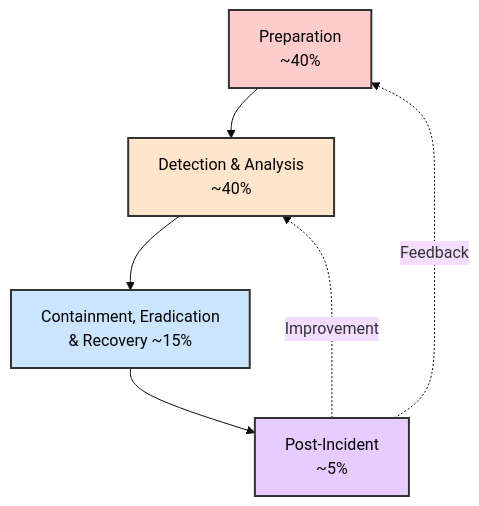
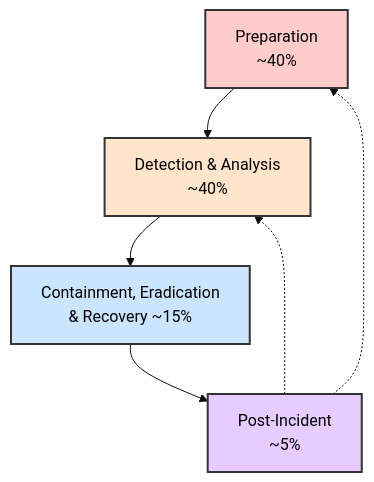
Diagram 12 of 29 in 1-Incident-Handling-Process/README.md (manojxshrestha/SOC-Analyst-Cheatsheet), drawn with Mermaid (base theme) before and after one commit. The commit also changed other lines of this file, not shown here.

Commit message:
Fix multiple mermaid diagrams - remove duplicate labels, fix duplicates, simplify arrows

````diff
--- a/1-Incident-Handling-Process/README.md
+++ b/1-Incident-Handling-Process/README.md
@@ -479,14 +469,14 @@
 ```mermaid
 graph TD
     A["Preparation<br/>~40%"] --> B["Detection & Analysis<br/>~40%"]
     B --> C["Containment, Eradication<br/>& Recovery ~15%"]
     C --> D["Post-Incident<br/>~5%"]
     
-    D -.->|Feedback| A
-    D -.->|Improvement| B
+    D -.-> A
+    D -.-> B
     
     style A fill:#ffcccc,stroke:#333,stroke-width:2px,color:#000
     style B fill:#ffe5cc,stroke:#333,stroke-width:2px,color:#000
     style C fill:#cce5ff,stroke:#333,stroke-width:2px,color:#000
     style D fill:#e6ccff,stroke:#333,stroke-width:2px,color:#000
 ```
````
